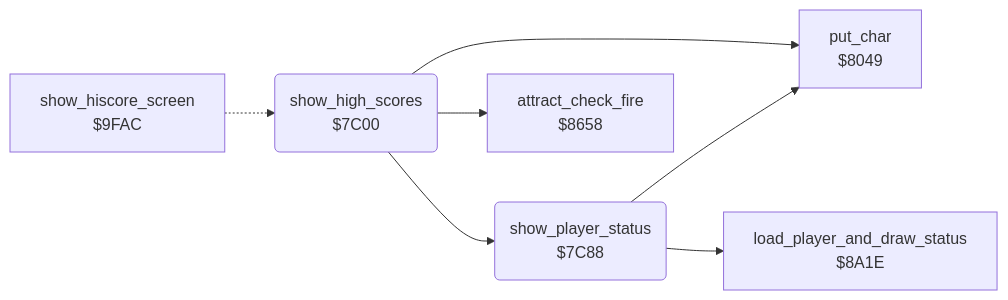
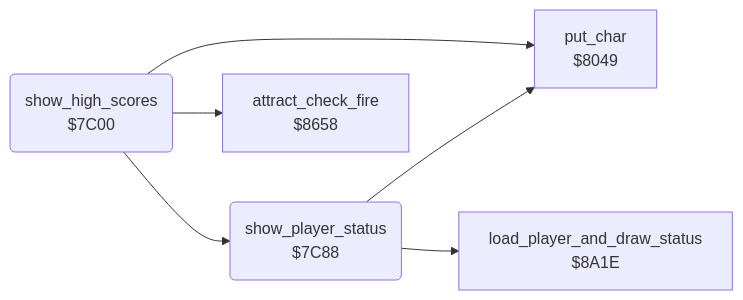
The diagram in hover_bovver/docs/reference/modules/scores/high_score_screen.md (henols/c64_games), drawn with Mermaid before and after one commit. The commit also changed other lines of this file and 1100 other files, not shown here.

````diff
--- a/hover_bovver/docs/reference/modules/scores/high_score_screen.md
+++ b/hover_bovver/docs/reference/modules/scores/high_score_screen.md
@@ -10,15 +23,13 @@
 ```mermaid
 flowchart LR
   n7c00("show_high_scores<br/>$7C00")
   n7c88("show_player_status<br/>$7C88")
   n8049["put_char<br/>$8049"]
   n8658["attract_check_fire<br/>$8658"]
   n8a1e["load_player_and_draw_status<br/>$8A1E"]
-  n9fac["show_hiscore_screen<br/>$9FAC"]
   n7c00 --> n7c88
   n7c00 --> n8049
   n7c00 --> n8658
   n7c88 --> n8049
   n7c88 --> n8a1e
-  n9fac -.-> n7c00
 ```
````
